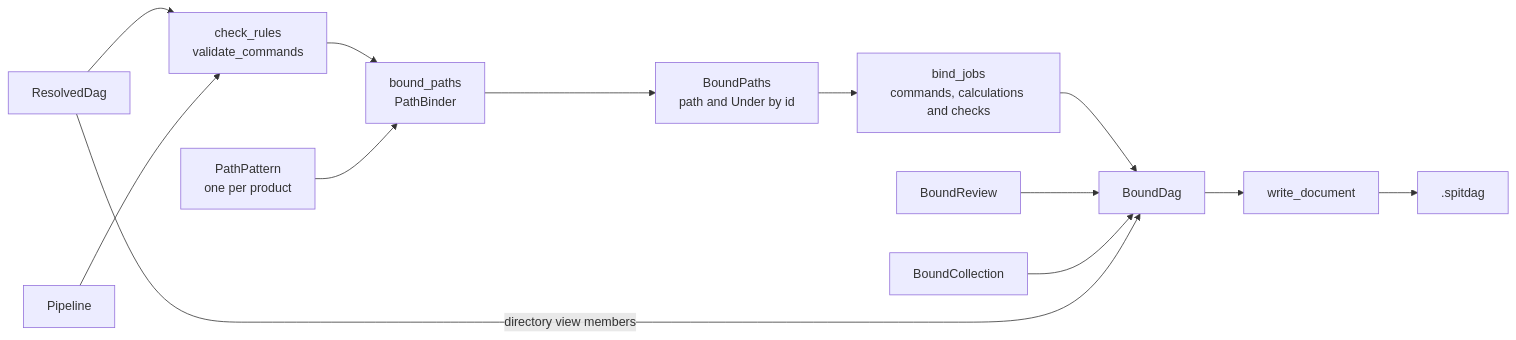
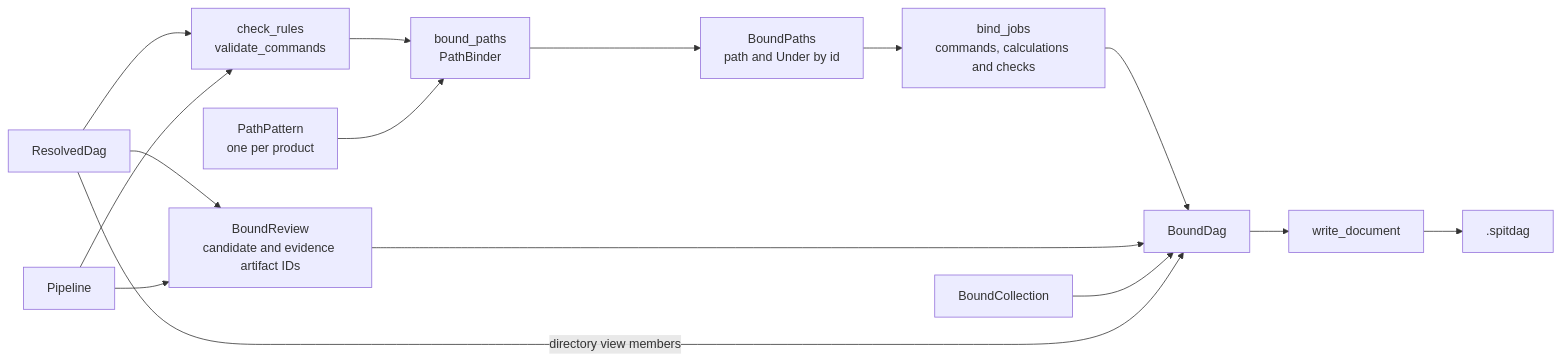
The diagram in docs/architecture/binding.md (eclnz/spit), drawn with Mermaid before and after one commit. The commit also changed other lines of this file and 19 other files, not shown here.

First line of the commit message:
Build human review evidence before selected analysis

````diff
--- a/docs/architecture/binding.md
+++ b/docs/architecture/binding.md
@@ -5,15 +5,17 @@
 ```mermaid
 flowchart LR
     dag["ResolvedDag"] --> rules["check_rules<br/>validate_commands"]
     pipeline["Pipeline"] --> rules
     rules --> paths["bound_paths<br/>PathBinder"]
     paths --> boundpaths["BoundPaths<br/>path and Under by id"]
     pattern["PathPattern<br/>one per product"] --> paths
     boundpaths --> jobs["bind_jobs<br/>commands, calculations and checks"]
     jobs --> bound["BoundDag"]
-    reviews["BoundReview"] --> bound
+    dag --> reviews["BoundReview<br/>candidate and evidence artifact IDs"]
+    pipeline --> reviews
+    reviews --> bound
     collections["BoundCollection"] --> bound
     dag -->|"directory view members"| bound
     bound --> write["write_document"]
     write --> file[".spitdag"]
 ```
````
